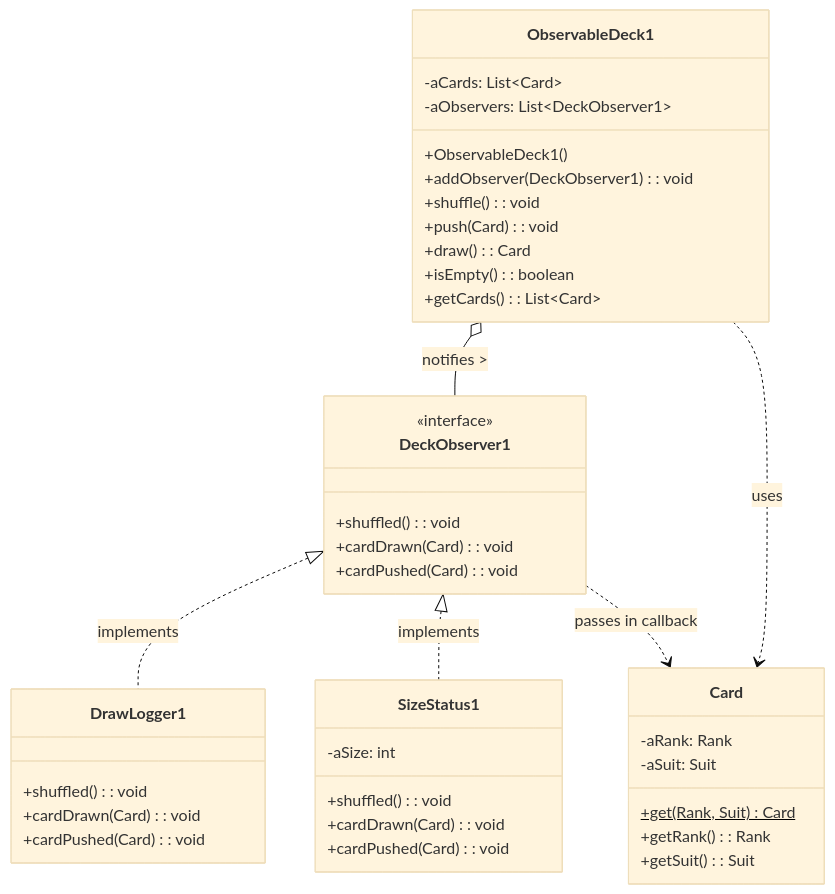
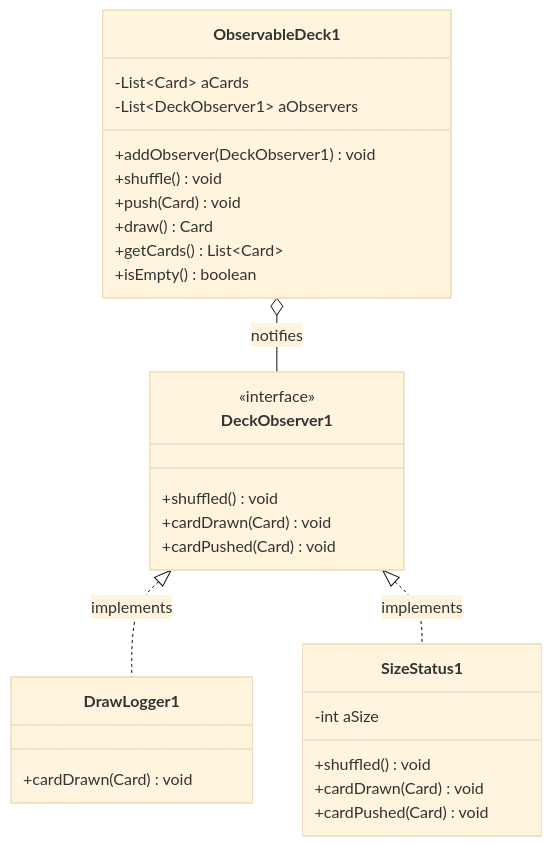
One commit to VanKhoiIT/Learn_SD changed the first of 4 diagrams in post-class_10/README.md. Above: the diagram before and after it, drawn with Mermaid (base theme). The commit also changed other lines of this file, not shown here.

````diff
--- a/post-class_10/README.md
+++ b/post-class_10/README.md
@@ -70,50 +61,32 @@
 ```mermaid
 classDiagram
     direction TB
-
     class ObservableDeck1 {
-        -aCards: List~Card~
-        -aObservers: List~DeckObserver1~
-        +ObservableDeck1()
-        +addObserver(DeckObserver1): void
-        +shuffle(): void
-        +push(Card): void
-        +draw(): Card
-        +isEmpty(): boolean
-        +getCards(): List~Card~
+        -List~Card~ aCards
+        -List~DeckObserver1~ aObservers
+        +addObserver(DeckObserver1) void
+        +shuffle() void
+        +push(Card) void
+        +draw() Card
+        +getCards() List~Card~
+        +isEmpty() boolean
     }
-
     class DeckObserver1 {
         <<interface>>
-        +shuffled(): void
-        +cardDrawn(Card): void
-        +cardPushed(Card): void
+        +shuffled() void
+        +cardDrawn(Card) void
+        +cardPushed(Card) void
     }
-
     class DrawLogger1 {
-        +shuffled(): void
-        +cardDrawn(Card): void
-        +cardPushed(Card): void
+        +cardDrawn(Card) void
     }
-
     class SizeStatus1 {
-        -aSize: int
-        +shuffled(): void
-        +cardDrawn(Card): void
-        +cardPushed(Card): void
+        -int aSize
+        +shuffled() void
+        +cardDrawn(Card) void
+        +cardPushed(Card) void
     }
-
-    class Card {
-        -aRank: Rank
-        -aSuit: Suit
-        +get(Rank, Suit)$ Card
-        +getRank(): Rank
-        +getSuit(): Suit
-    }
-
-    ObservableDeck1 o-- DeckObserver1 : notifies >
+    ObservableDeck1 o-- DeckObserver1 : notifies
     DeckObserver1 <|.. DrawLogger1 : implements
     DeckObserver1 <|.. SizeStatus1 : implements
-    ObservableDeck1 ..> Card : uses
-    DeckObserver1 ..> Card : passes in callback
 ```
````
